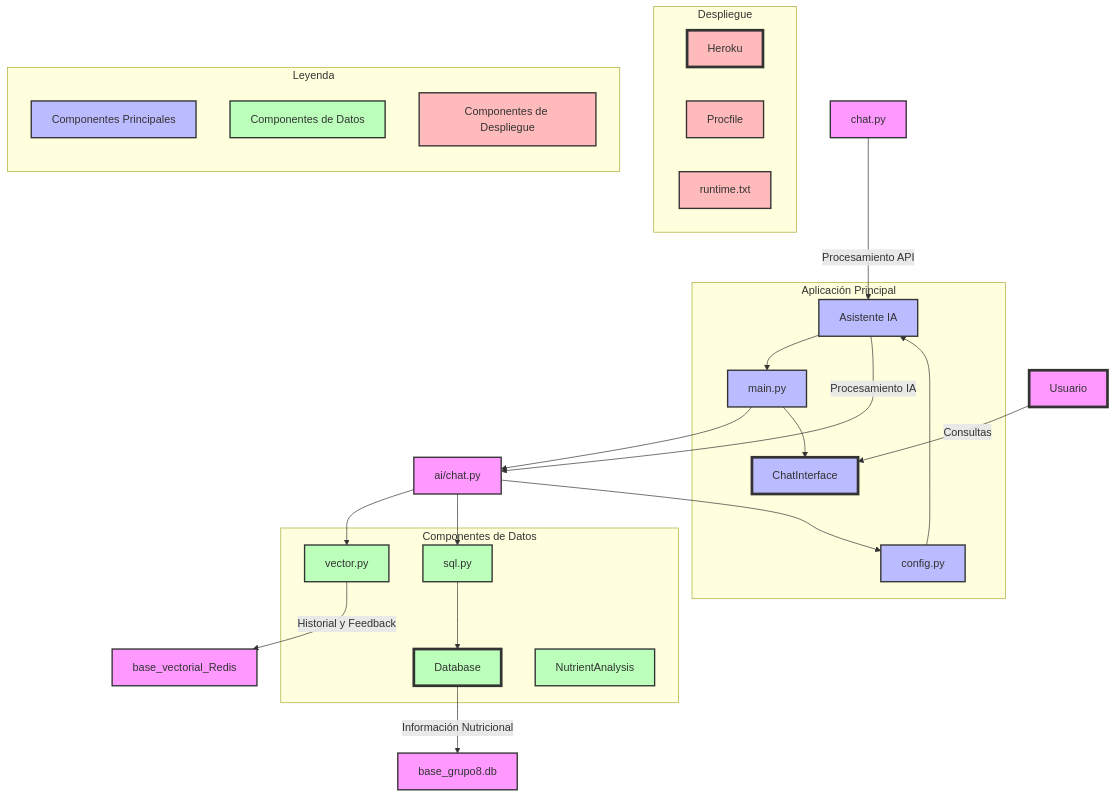
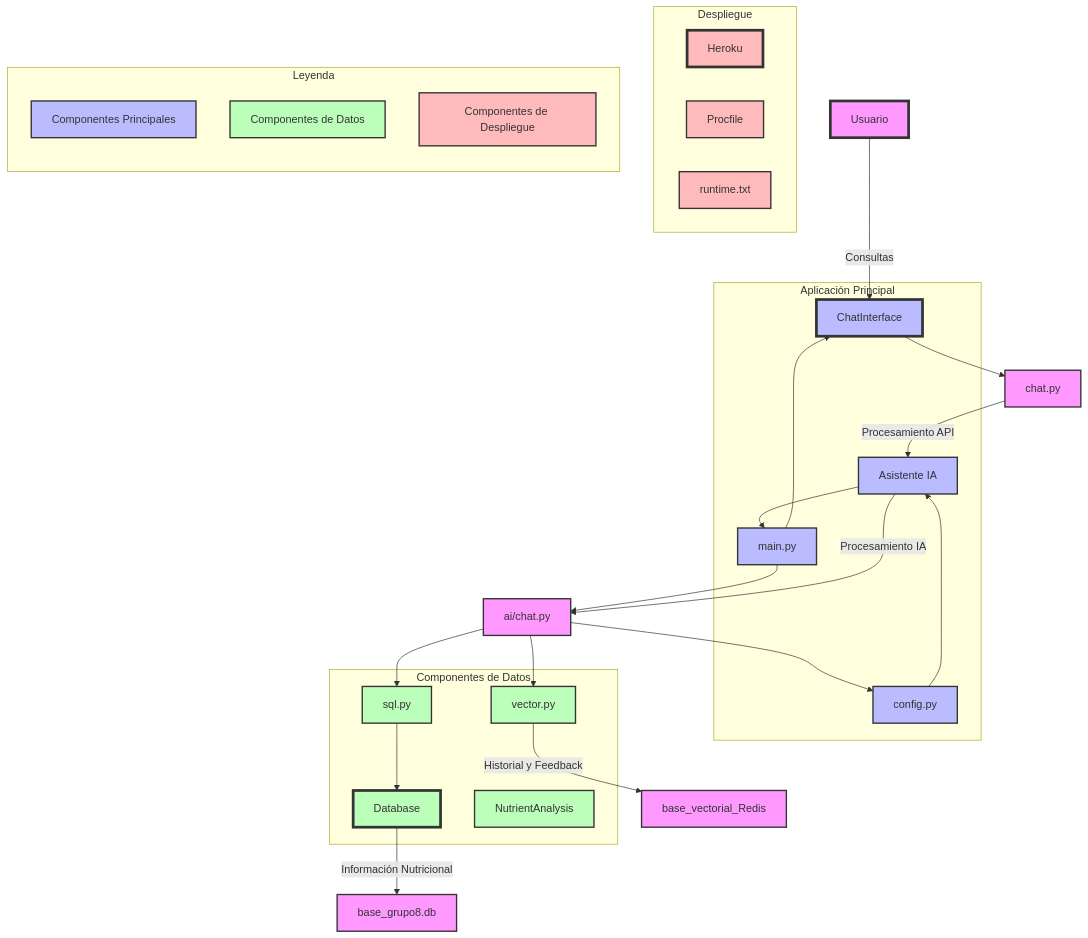
One commit to leorojascas/Grupo8 changed the diagram in architecture.md. Above: the diagram before and after it, drawn with Mermaid.

````diff
--- a/architecture.md
+++ b/architecture.md
@@ -1,73 +1,74 @@
 ```mermaid
 graph TD
     %% Nodes
     User[Usuario] -->|Consultas| ChatInterface
+    ChatInterface --> ChatLogic[chat.py]
     ChatLogic[chat.py] -->|Procesamiento API| AIAssistant[Asistente IA]
-    AIAssistant --> EntryPoint[main.py]
-    EntryPoint --> AILogic[aichat.py]
-    AILogic --> AppConfig[config.py]
+    AIAssistant[Asistente IA] --> EntryPoint[main.py]
+    EntryPoint[main.py] --> AILogic[aichat.py]
+    AILogic[aichat.py] --> AppConfig[config.py]
 
     %% Subgraphs
     subgraph Aplicación Principal
         ChatInterface
         AIAssistant
         EntryPoint[main.py]
         AppConfig[config.py]
     end
 
     subgraph Componentes de Datos
         Database
         NutrientAnalysis
         SQLModule[sql.py]
         VectorProcessor[vector.py]
     end
 
     %% Database Details
     Database -->|Información Nutricional| Config[base_grupo8.db]
     SQLModule --> Database
     VectorProcessor --> |Historial y Feedback| Confíg[base_vectorial_Redis]
     AILogic --> VectorProcessor
     AILogic --> SQLModule
 
     %% AI Components
     AIAssistant -->|Procesamiento IA| AILogic[ai/chat.py]
 
     %% Entry point y configuración
     EntryPoint --> ChatInterface
     AppConfig --> AIAssistant
 
     %% Deployment
     subgraph Despliegue
         Heroku[Heroku]
         Procfile[Procfile]
         Runtime[runtime.txt]
     end
 
     %% Styling
     classDef default fill:#f9f,stroke:#333,stroke-width:2px
     classDef primary fill:#bbf,stroke:#333,stroke-width:2px
     classDef data fill:#bfb,stroke:#333,stroke-width:2px
     classDef deployment fill:#fbb,stroke:#333,stroke-width:2px
 
     class User,ChatInterface,AIAssistant,EntryPoint,AppConfig primary
     class Database,NutrientAnalysis,SQLModule,VectorProcessor data
     class Heroku,Procfile,Runtime deployment
 
     %% Legend
     subgraph Leyenda
         direction TB
         Primary[Componentes Principales]
         Data[Componentes de Datos]
         Deployment[Componentes de Despliegue]
     end
 
     class Primary primary
     class Data data
     class Deployment deployment
 
     %% Connections
     style User fill:#f9f,stroke:#333,stroke-width:4px
     style ChatInterface fill:#bbf,stroke:#333,stroke-width:4px
     style Database fill:#bfb,stroke:#333,stroke-width:4px
     style Heroku fill:#fbb,stroke:#333,stroke-width:4px
 ```
````
